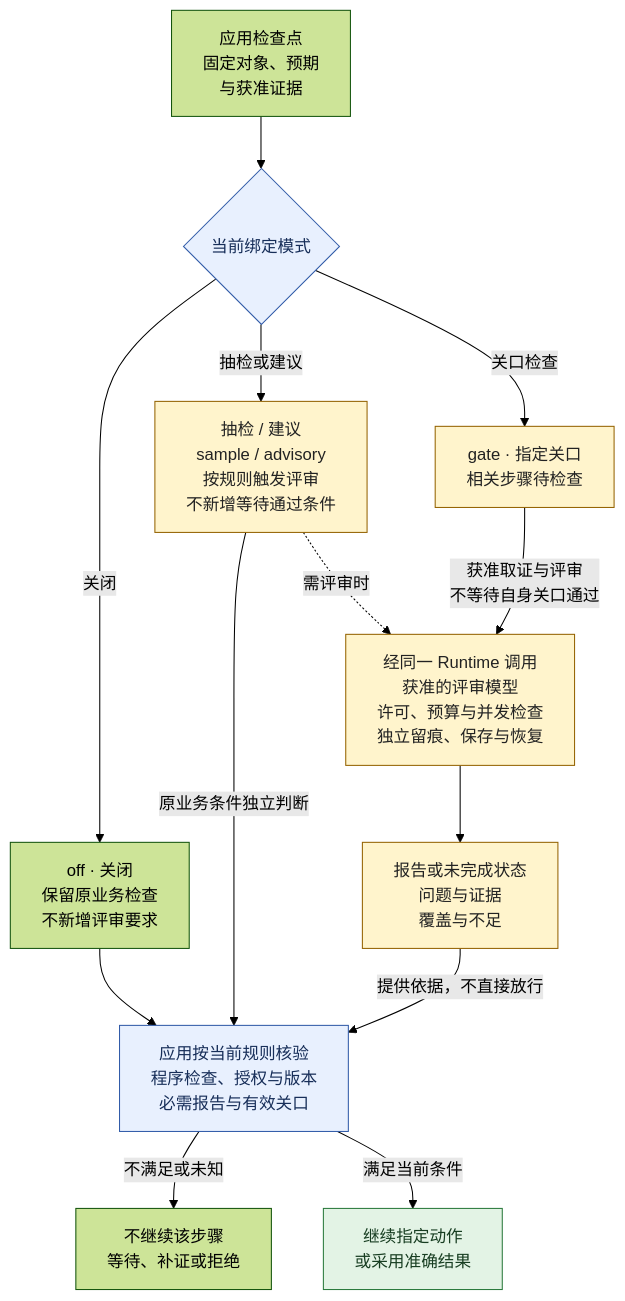
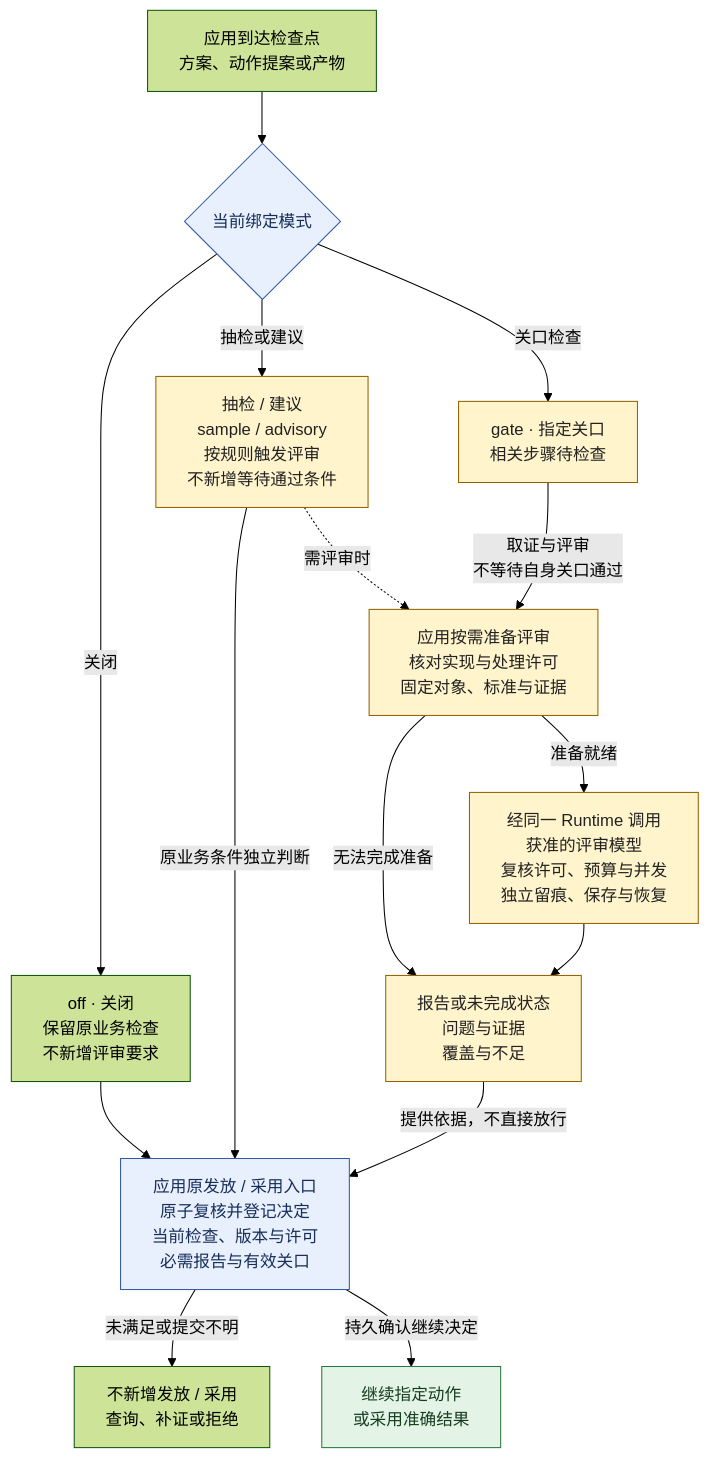
One commit to kongbu0621/infra-model-runtime changed the second of 2 diagrams in README.md. Above: the diagram before and after it, drawn with Mermaid (forest theme). The commit also changed other lines of this file, not shown here.

Commit message:
docs: clarify optional review preparation and durable continuation

````diff
--- a/README.md
+++ b/README.md
@@ -140,34 +142,37 @@
 ```mermaid
 %%{init: {"flowchart": {"wrappingWidth": 240}}}%%
 flowchart TB
-    P["应用检查点<br/>固定对象、预期<br/>与获准证据"]
+    P["应用到达检查点<br/>方案、动作提案或产物"]
     M{"当前绑定模式"}
     O["off · 关闭<br/>保留原业务检查<br/>不新增评审要求"]
     A["抽检 / 建议<br/>sample / advisory<br/>按规则触发评审<br/>不新增等待通过条件"]
     G["gate · 指定关口<br/>相关步骤待检查"]
-    R["经同一 Runtime 调用<br/>获准的评审模型<br/>许可、预算与并发检查<br/>独立留痕、保存与恢复"]
+    E["应用按需准备评审<br/>核对实现与处理许可<br/>固定对象、标准与证据"]
+    R["经同一 Runtime 调用<br/>获准的评审模型<br/>复核许可、预算与并发<br/>独立留痕、保存与恢复"]
     S["报告或未完成状态<br/>问题与证据<br/>覆盖与不足"]
-    D["应用按当前规则核验<br/>程序检查、授权与版本<br/>必需报告与有效关口"]
-    W["不继续该步骤<br/>等待、补证或拒绝"]
+    D["应用原发放 / 采用入口<br/>原子复核并登记决定<br/>当前检查、版本与许可<br/>必需报告与有效关口"]
+    W["不新增发放 / 采用<br/>查询、补证或拒绝"]
     U["继续指定动作<br/>或采用准确结果"]
 
     P --> M
     M -->|关闭| O
     M -->|抽检或建议| A
     M -->|关口检查| G
     O --> D
     A -->|原业务条件独立判断| D
-    A -.->|需评审时| R
-    G -->|"获准取证与评审<br/>不等待自身关口通过"| R
+    A -.->|需评审时| E
+    G -->|"取证与评审<br/>不等待自身关口通过"| E
+    E -->|准备就绪| R
+    E -->|无法完成准备| S
     R --> S
     S -->|提供依据，不直接放行| D
-    D -->|不满足或未知| W
-    D -->|满足当前条件| U
+    D -->|未满足或提交不明| W
+    D -->|持久确认继续决定| U
 
     classDef optional fill:#fff4cc,stroke:#946200,color:#222;
     classDef decision fill:#e8f0fe,stroke:#315ba8,color:#172e59;
     classDef outcome fill:#e3f3e5,stroke:#29783b,color:#173d21;
-    class A,G,R,S optional;
+    class A,G,E,R,S optional;
     class M,D decision;
     class U outcome;
 ```
````
